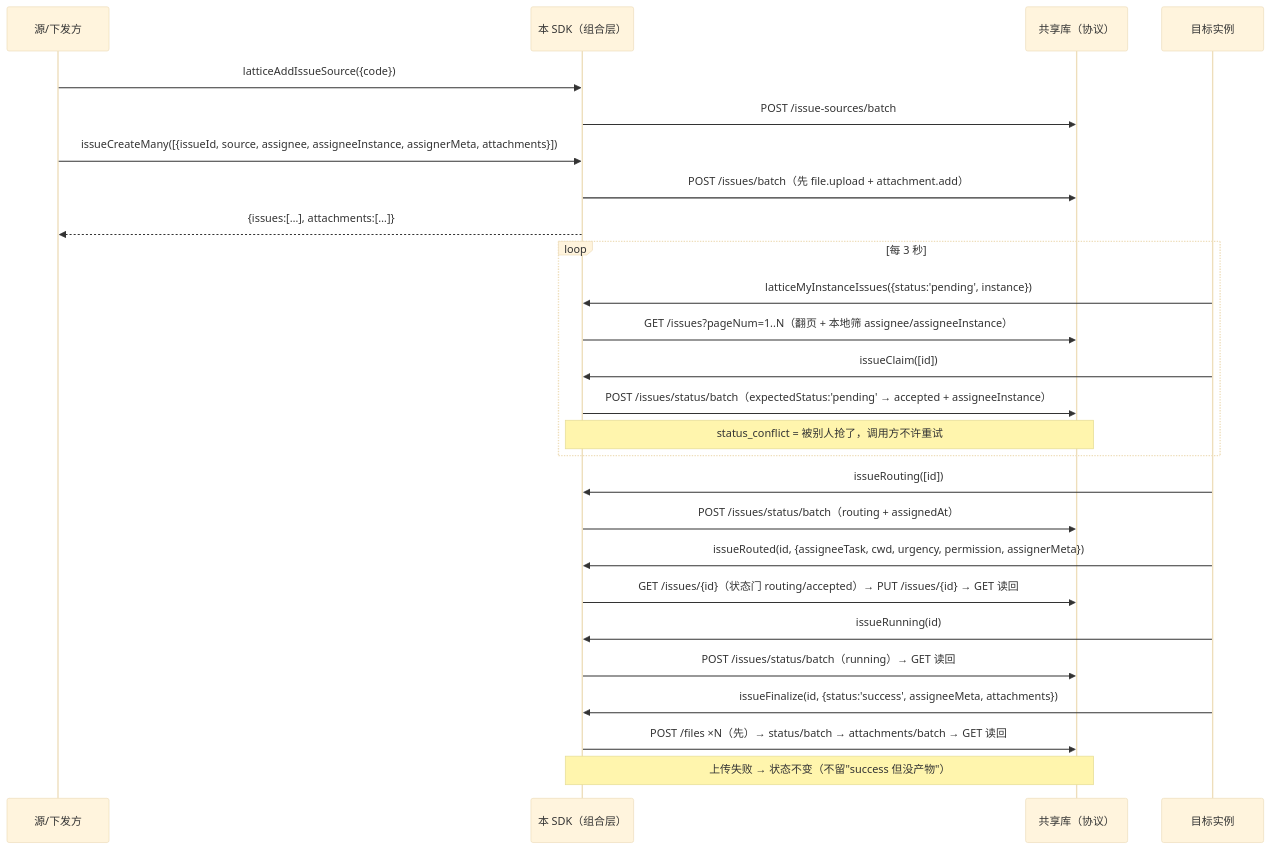
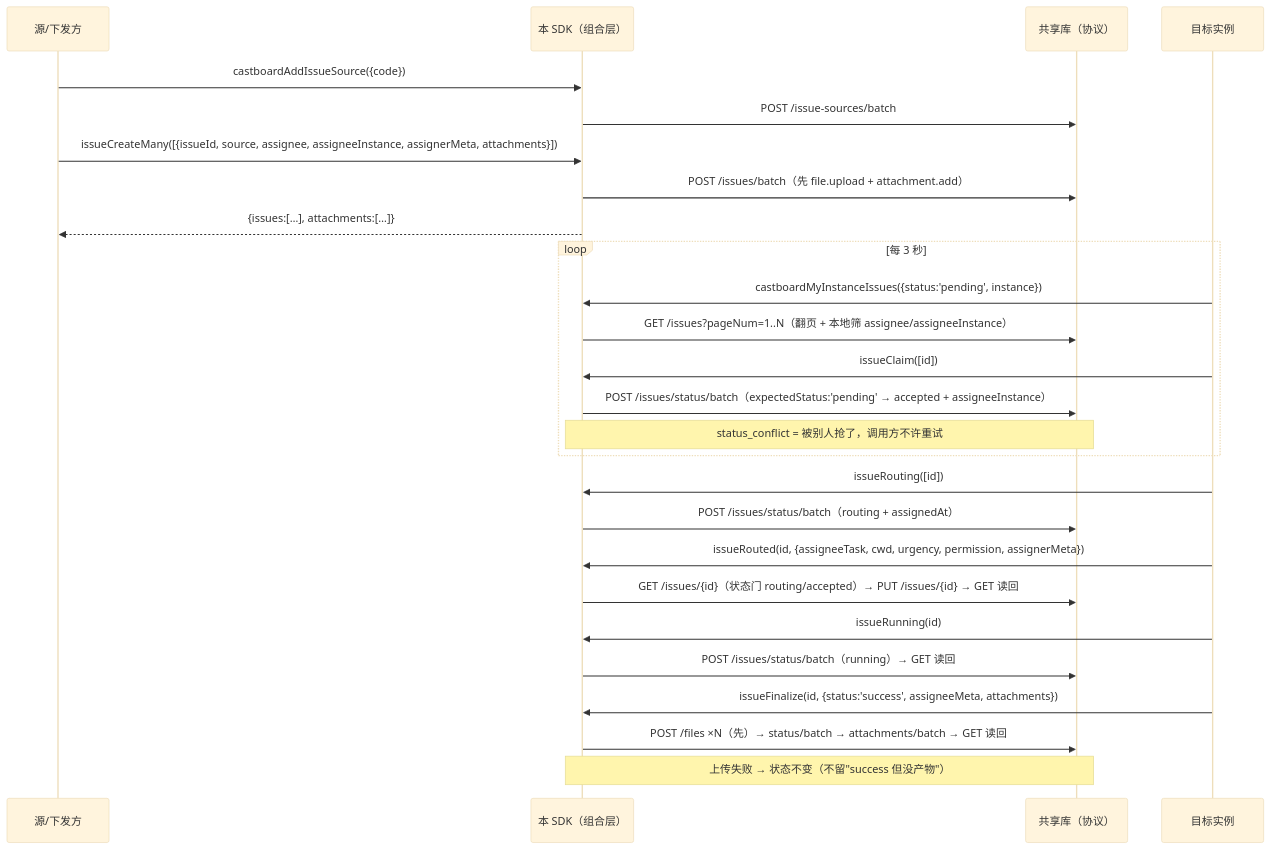
The first of 2 diagrams in dsh-magica-teamwork/docs/design/sdk-design.zh.md (Meiyukichan/madoka), drawn with Mermaid (base theme) before and after one commit. The commit also changed other lines of this file and 303 other files, not shown here.

Commit message:
feat: 完成 castboard 统一任务创建与 teamwork issue 链路

````diff
--- a/dsh-magica-teamwork/docs/design/sdk-design.zh.md
+++ b/dsh-magica-teamwork/docs/design/sdk-design.zh.md
@@ -1071,31 +1071,31 @@
 ```mermaid
 sequenceDiagram
   participant SRC as 源/下发方
   participant SDK as 本 SDK（组合层）
   participant DB as 共享库（协议）
   participant TGT as 目标实例
 
-  SRC->>SDK: latticeAddIssueSource({code})
+  SRC->>SDK: castboardAddIssueSource({code})
   SDK->>DB: POST /issue-sources/batch
   SRC->>SDK: issueCreateMany([{issueId, source, assignee, assigneeInstance, assignerMeta, attachments}])
   SDK->>DB: POST /issues/batch（先 file.upload + attachment.add）
   SDK-->>SRC: {issues:[…], attachments:[…]}
 
   loop 每 3 秒
-    TGT->>SDK: latticeMyInstanceIssues({status:'pending', instance})
+    TGT->>SDK: castboardMyInstanceIssues({status:'pending', instance})
     SDK->>DB: GET /issues?pageNum=1..N（翻页 + 本地筛 assignee/assigneeInstance）
     TGT->>SDK: issueClaim([id])
     SDK->>DB: POST /issues/status/batch（expectedStatus:'pending' → accepted + assigneeInstance）
     Note over SDK,DB: status_conflict = 被别人抢了，调用方不许重试
   end
 
   TGT->>SDK: issueRouting([id])
   SDK->>DB: POST /issues/status/batch（routing + assignedAt）
   TGT->>SDK: issueRouted(id, {assigneeTask, cwd, urgency, permission, assignerMeta})
   SDK->>DB: GET /issues/{id}（状态门 routing/accepted）→ PUT /issues/{id} → GET 读回
   TGT->>SDK: issueRunning(id)
   SDK->>DB: POST /issues/status/batch（running）→ GET 读回
   TGT->>SDK: issueFinalize(id, {status:'success', assigneeMeta, attachments})
   SDK->>DB: POST /files ×N（先）→ status/batch → attachments/batch → GET 读回
   Note over SDK,DB: 上传失败 → 状态不变（不留"success 但没产物"）
 ```
````
